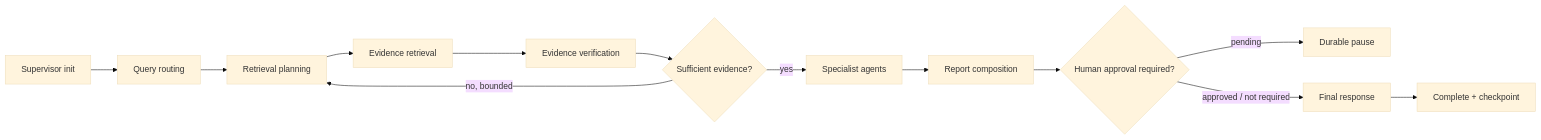
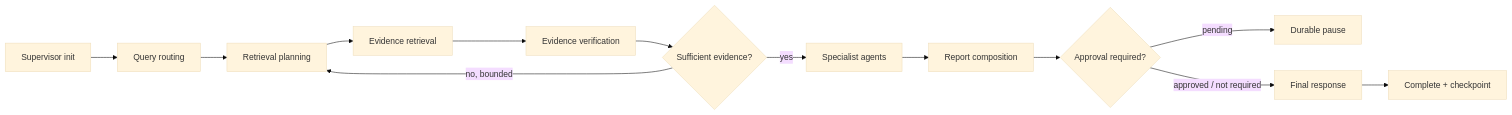
Before and after one commit to Dhruvg334/Mnemos: the second of 2 diagrams in README.md, drawn with Mermaid (base theme). The commit also changed other lines of this file and 37 other files, not shown here.

Commit message:
docs: restructure engineering guidance and modernize graph workspace

````diff
--- a/README.md
+++ b/README.md
@@ -73,15 +73,15 @@
 ```mermaid
 flowchart LR
     A[Supervisor init] --> B[Query routing]
     B --> C[Retrieval planning]
     C --> D[Evidence retrieval]
     D --> E[Evidence verification]
     E --> F{Sufficient evidence?}
     F -- no, bounded --> C
     F -- yes --> G[Specialist agents]
     G --> H[Report composition]
-    H --> I{Human approval required?}
+    H --> I{Approval required?}
     I -- pending --> J[Durable pause]
     I -- approved / not required --> K[Final response]
     K --> L[Complete + checkpoint]
 ```
````
